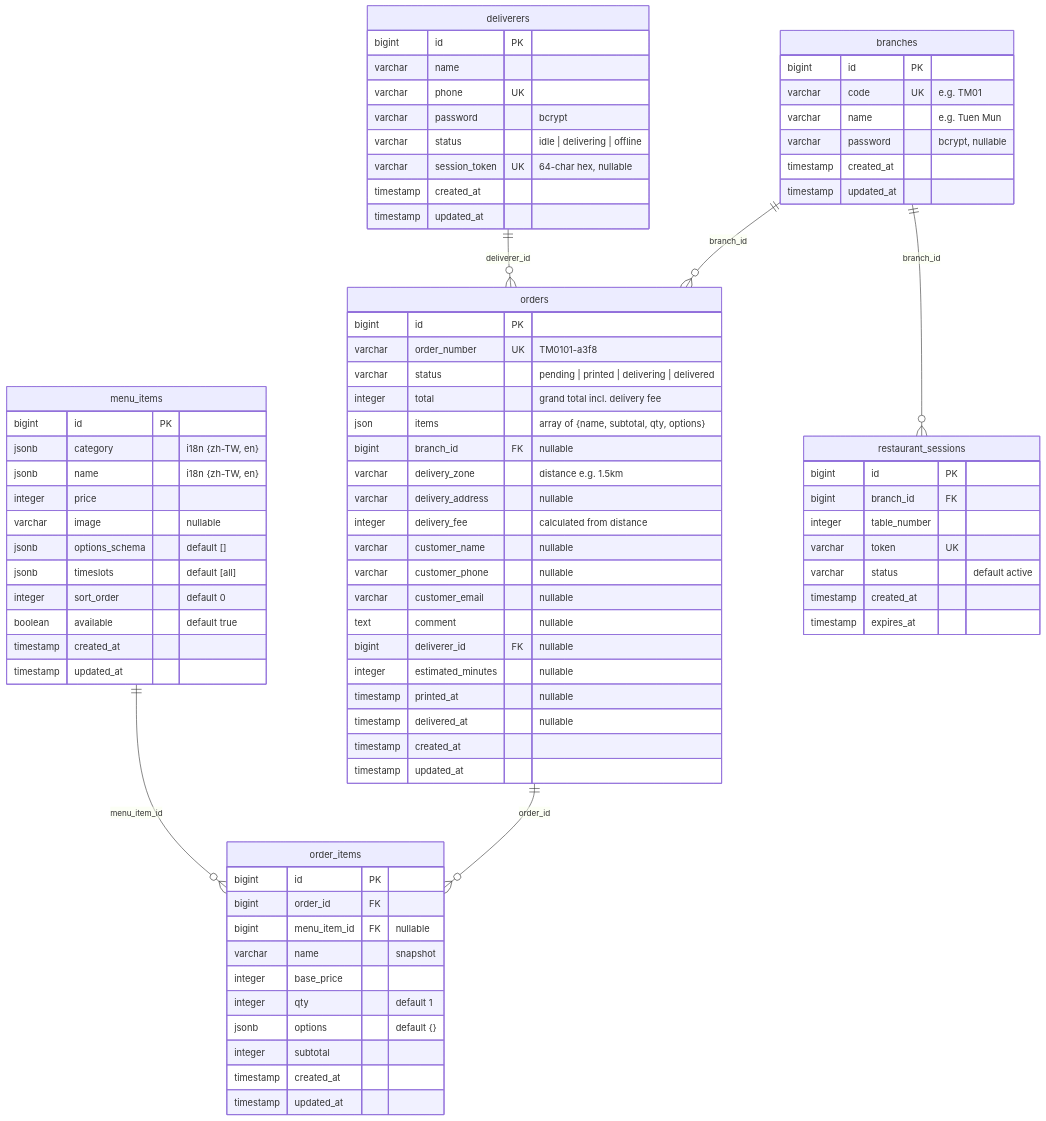
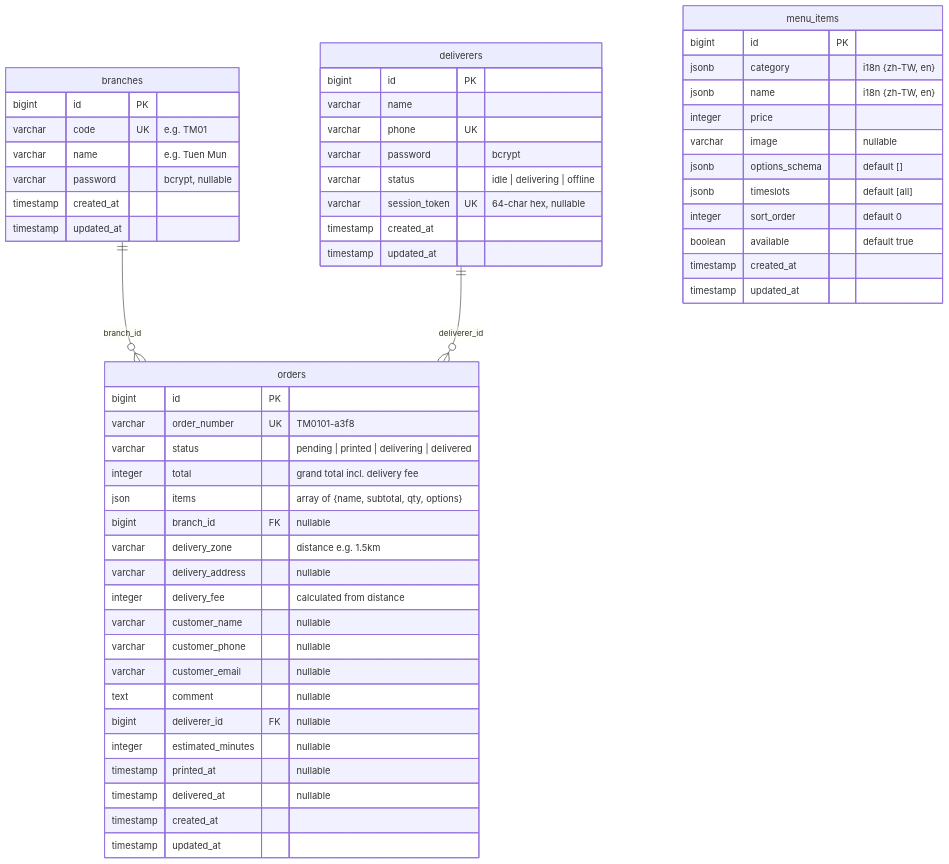
Before and after one commit to HKPooPoo/My_CLI_Re: the first of 4 diagrams in frontend/pages/restaurant/ERD.md, drawn with Mermaid. The commit also changed other lines of this file, not shown here.

Commit message:
Update ERD to match actual DB: 4 tables, not 6
order_items and restaurant_sessions do not exist in the actual DB
(migrations never ran or tables were dropped). Removed from ERD
diagram and relationship summary. menu_items marked as UNUSED
(exists but empty).

````diff
--- a/frontend/pages/restaurant/ERD.md
+++ b/frontend/pages/restaurant/ERD.md
@@ -69,31 +69,6 @@
         timestamp updated_at
     }
 
-    order_items {
-        bigint id PK
-        bigint order_id FK
-        bigint menu_item_id FK "nullable"
-        varchar name "snapshot"
-        integer base_price
-        integer qty "default 1"
-        jsonb options "default {}"
-        integer subtotal
-        timestamp created_at
-        timestamp updated_at
-    }
-
-    orders ||--o{ order_items : "order_id"
-    menu_items ||--o{ order_items : "menu_item_id"
-
-    restaurant_sessions {
-        bigint id PK
-        bigint branch_id FK
-        integer table_number
-        varchar token UK
-        varchar status "default active"
-        timestamp created_at
-        timestamp expires_at
-    }
-
-    branches ||--o{ restaurant_sessions : "branch_id"
+    %% order_items and restaurant_sessions do NOT exist in DB
+    %% (migrations never ran or tables were dropped)
 ```
````
